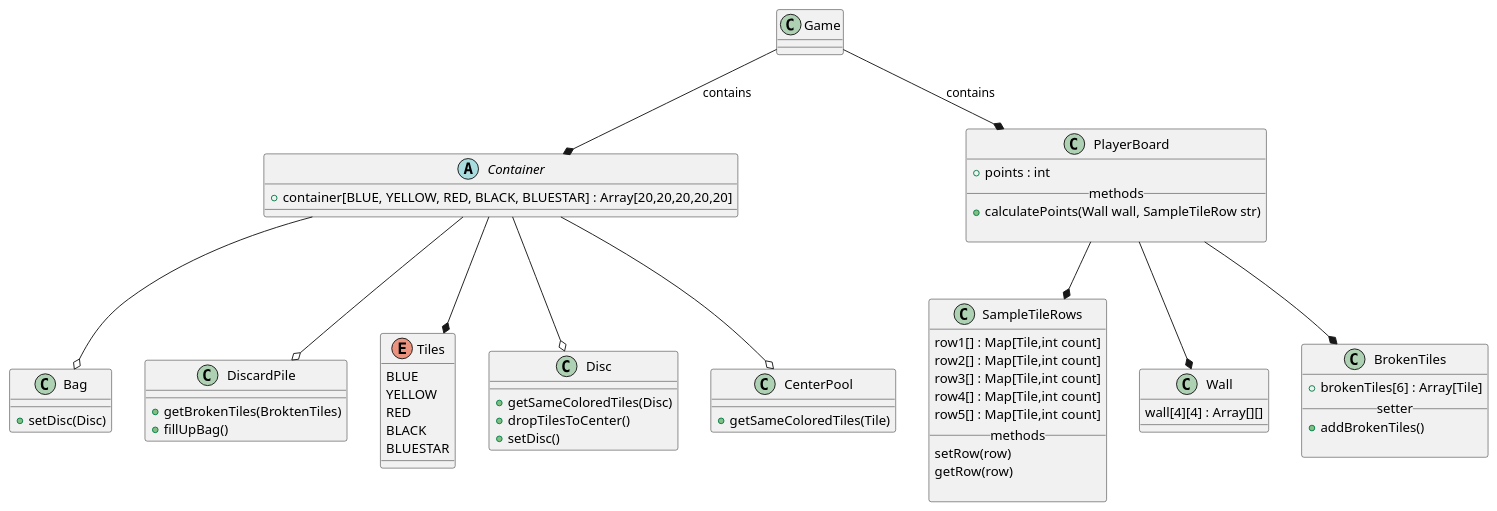
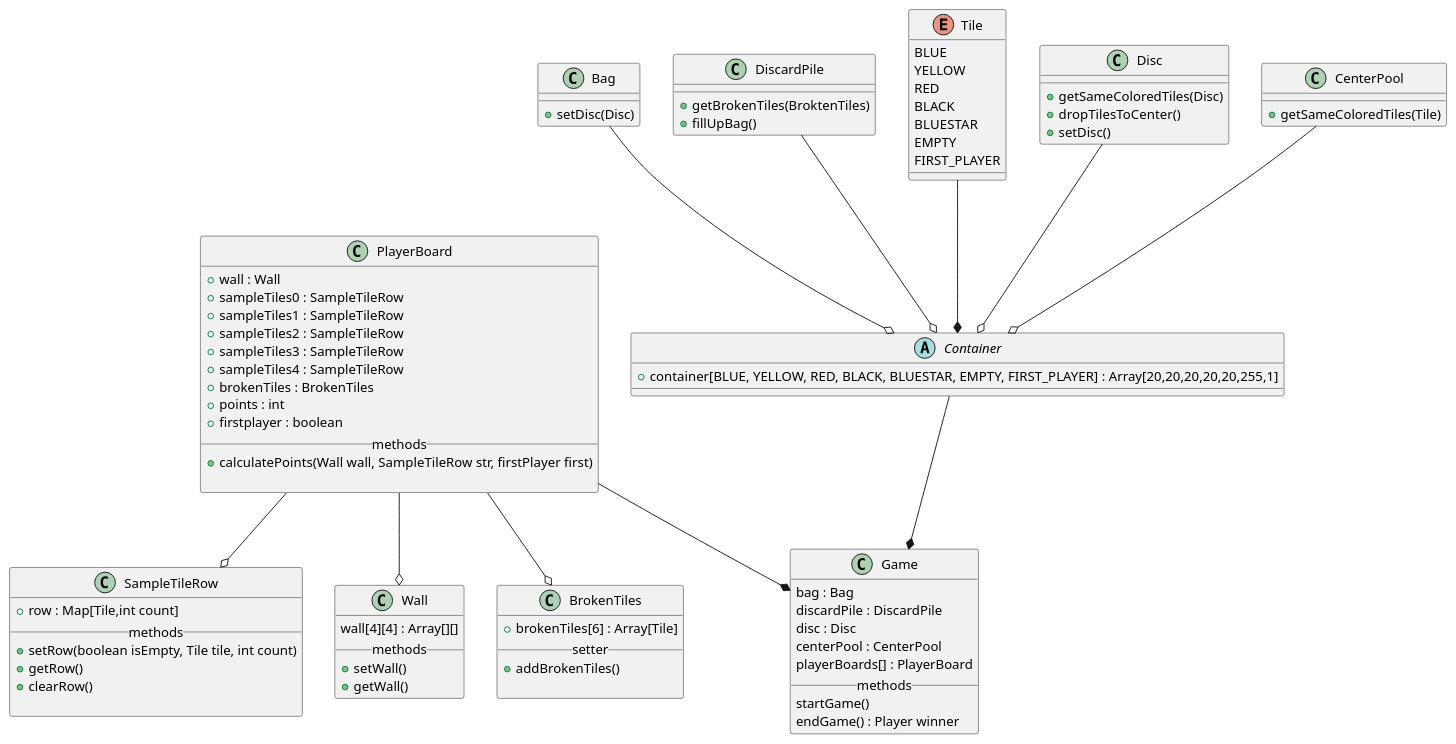
The diagram in doc/classdiagram.wsd (Uni-Sopron/szta-22t-azul-tileguys), drawn with PlantUML before and after one commit.

Commit message:
game container class added and classes expanded

```diff
--- a/doc/classdiagram.wsd
+++ b/doc/classdiagram.wsd
@@ -1,79 +1,96 @@
 @startuml Azul classes
 abstract class Container{
-    + container[BLUE, YELLOW, RED, BLACK, BLUESTAR] : Array[20,20,20,20,20]
+    + container[BLUE, YELLOW, RED, BLACK, BLUESTAR, EMPTY, FIRST_PLAYER] : Array[20,20,20,20,20,255,1]
     
 
 }
 
-Container --o Bag
+Bag --o Container
 class Bag{
     + setDisc(Disc)
 
 }
 
-Container --o DiscardPile
+DiscardPile --o Container
 class DiscardPile{
     + getBrokenTiles(BroktenTiles)
     + fillUpBag()
 }
 
-Container --*Tiles
-enum Tiles{
+Tile --* Container
+enum Tile{
     BLUE
     YELLOW
     RED
     BLACK
     BLUESTAR
+    EMPTY
+    FIRST_PLAYER
 }
 
-Container --o Disc
+Disc --o Container
 class Disc{
     + getSameColoredTiles(Disc)
     + dropTilesToCenter()
     + setDisc()
 }
 
-Container --o CenterPool
+CenterPool --o Container
 class CenterPool{
     + getSameColoredTiles(Tile)
 }
 
 class PlayerBoard{
+    + wall : Wall
+    + sampleTiles0 : SampleTileRow
+    + sampleTiles1 : SampleTileRow
+    + sampleTiles2 : SampleTileRow
+    + sampleTiles3 : SampleTileRow
+    + sampleTiles4 : SampleTileRow
+    + brokenTiles : BrokenTiles
     + points : int
+    + firstplayer : boolean
     __methods__
-    + calculatePoints(Wall wall, SampleTileRow str)
+    + calculatePoints(Wall wall, SampleTileRow str, firstPlayer first)
 
 }
 
-PlayerBoard --* SampleTileRows
-class SampleTileRows{
-    row1[] : Map[Tile,int count]
-    row2[] : Map[Tile,int count]
-    row3[] : Map[Tile,int count]
-    row4[] : Map[Tile,int count]
-    row5[] : Map[Tile,int count]
+PlayerBoard --o SampleTileRow
+class SampleTileRow{
+    + row : Map[Tile,int count]
     __methods__
-    setRow(row)
-    getRow(row)
+    + setRow(boolean isEmpty, Tile tile, int count)
+    + getRow()
+    + clearRow()
 
 }
 
-PlayerBoard --* Wall
+PlayerBoard --o Wall
 class Wall{
     wall[4][4] : Array[][]
+    __methods__
+    + setWall()
+    + getWall()
 }
 
-PlayerBoard --* BrokenTiles
+PlayerBoard --o BrokenTiles
 class BrokenTiles{
     + brokenTiles[6] : Array[Tile]
     __setter__
     + addBrokenTiles()
 
 }
 
-Game --* Container : contains
-Game --* PlayerBoard : contains
+Container --*  Game 
+PlayerBoard --* Game
 class Game {
-
+    bag : Bag
+    discardPile : DiscardPile
+    disc : Disc
+    centerPool : CenterPool
+    playerBoards[] : PlayerBoard
+    __methods__
+    startGame()
+    endGame() : Player winner
 }
 @enduml
```
